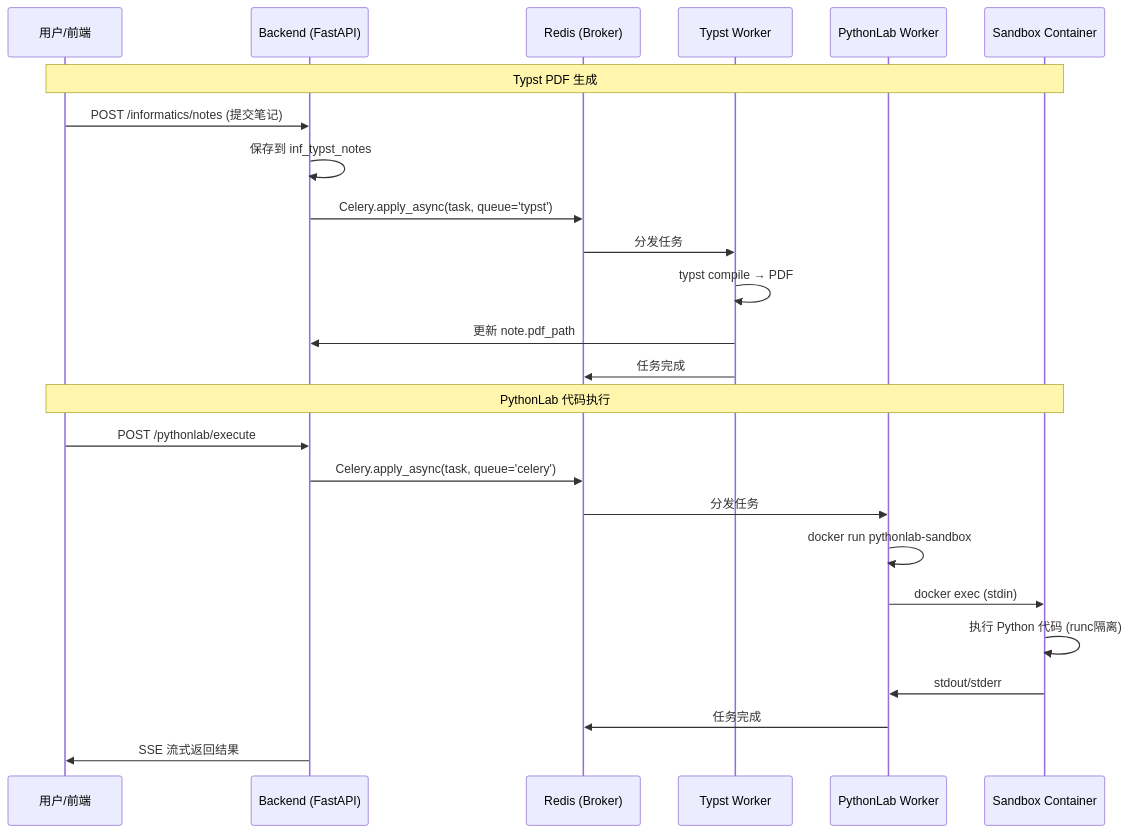
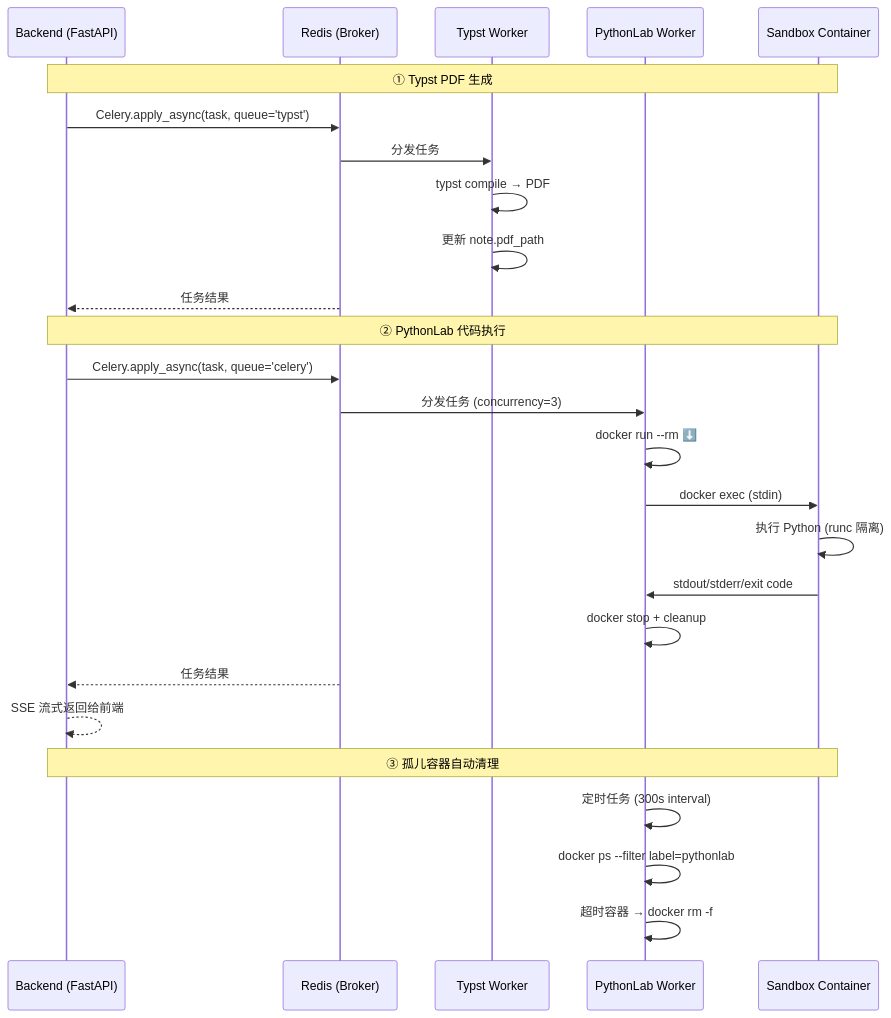
Before and after one commit to shuhao0727/wangsh: the sixth of 7 diagrams in DEPENDENCY_MAP.md, drawn with Mermaid. The commit also changed other lines of this file, not shown here.

First line of the commit message:
docs: update production dependency map — 1.5.15, new tables, data flow

````diff
--- a/DEPENDENCY_MAP.md
+++ b/DEPENDENCY_MAP.md
@@ -416,29 +419,31 @@
 ```mermaid
 sequenceDiagram
-    participant U as 用户/前端
     participant B as Backend (FastAPI)
     participant R as Redis (Broker)
     participant TW as Typst Worker
     participant PW as PythonLab Worker
     participant SB as Sandbox Container
 
-    Note over U,SB: Typst PDF 生成
-    U->>B: POST /informatics/notes (提交笔记)
-    B->>B: 保存到 inf_typst_notes
+    Note over B,SB: ① Typst PDF 生成
     B->>R: Celery.apply_async(task, queue='typst')
     R->>TW: 分发任务
     TW->>TW: typst compile → PDF
-    TW->>B: 更新 note.pdf_path
-    TW->>R: 任务完成
+    TW->>TW: 更新 note.pdf_path
+    R-->>B: 任务结果
 
-    Note over U,SB: PythonLab 代码执行
-    U->>B: POST /pythonlab/execute
+    Note over B,SB: ② PythonLab 代码执行
     B->>R: Celery.apply_async(task, queue='celery')
-    R->>PW: 分发任务
-    PW->>PW: docker run pythonlab-sandbox
+    R->>PW: 分发任务 (concurrency=3)
+    PW->>PW: docker run --rm ⬇️
     PW->>SB: docker exec (stdin)
-    SB->>SB: 执行 Python 代码 (runc隔离)
-    SB->>PW: stdout/stderr
-    PW->>R: 任务完成
-    B->>U: SSE 流式返回结果
+    SB->>SB: 执行 Python (runc 隔离)
+    SB->>PW: stdout/stderr/exit code
+    PW->>PW: docker stop + cleanup
+    R-->>B: 任务结果
+    B-->>B: SSE 流式返回给前端
+
+    Note over B,SB: ③ 孤儿容器自动清理
+    PW->>PW: 定时任务 (300s interval)
+    PW->>PW: docker ps --filter label=pythonlab
+    PW->>PW: 超时容器 → docker rm -f
 ```
````
